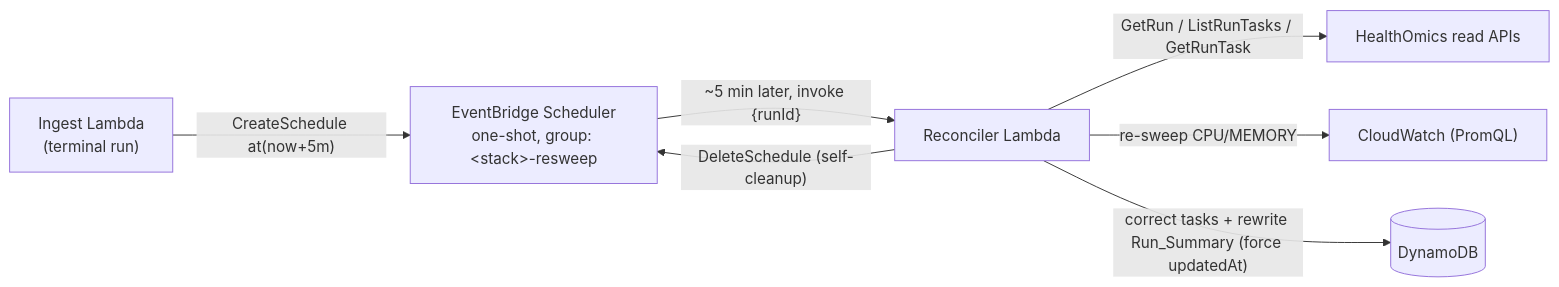
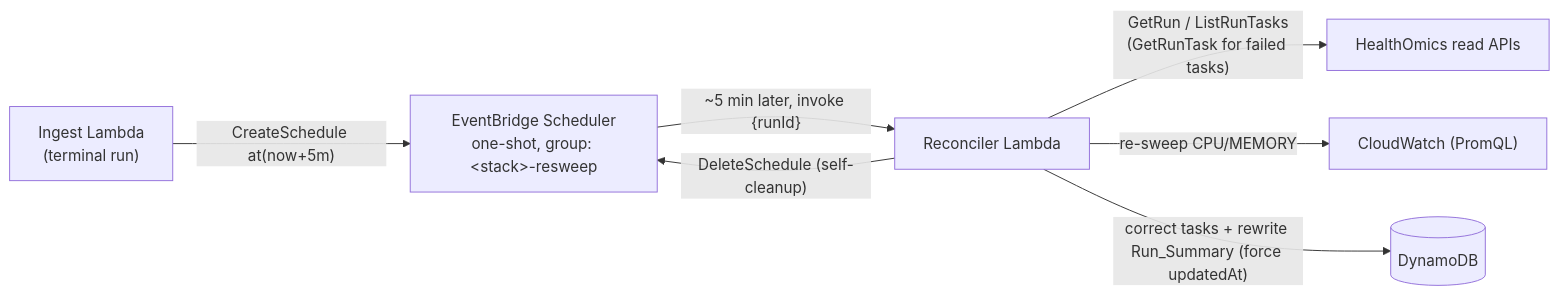
One commit to wisech-aws/aws-healthomic-ops changed the third of 3 diagrams in README.md. Above: the diagram before and after it, drawn with Mermaid. The commit also changed other lines of this file, not shown here.

First line of the commit message:
docs: document event-driven ingest, event metadata, and updated architecture

````diff
--- a/README.md
+++ b/README.md
@@ -139,9 +270,9 @@
 ```mermaid
 flowchart LR
     ING["Ingest Lambda<br/>(terminal run)"] -->|"CreateSchedule at(now+5m)"| SCH["EventBridge Scheduler<br/>one-shot, group: &lt;stack&gt;-resweep"]
     SCH -->|"~5 min later, invoke {runId}"| REC["Reconciler Lambda"]
-    REC -->|"GetRun / ListRunTasks / GetRunTask"| HO["HealthOmics read APIs"]
+    REC -->|"GetRun / ListRunTasks<br/>(GetRunTask for failed tasks)"| HO["HealthOmics read APIs"]
     REC -->|"re-sweep CPU/MEMORY"| CW["CloudWatch (PromQL)"]
     REC -->|"correct tasks + rewrite Run_Summary (force updatedAt)"| DDB[("DynamoDB")]
     REC -->|"DeleteSchedule (self-cleanup)"| SCH
 ```
````
